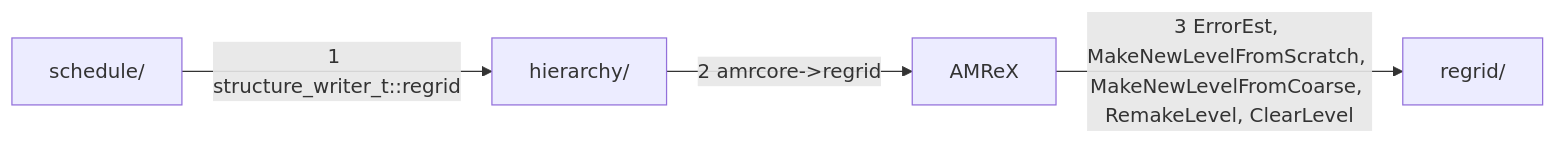
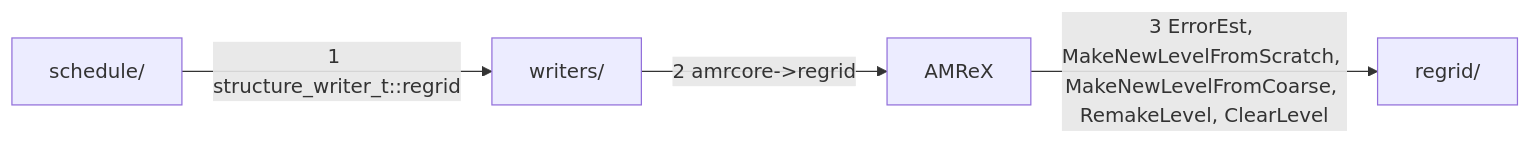
One commit to lwJi/CarpetX changed the third of 3 diagrams in agent_docs/carpetx-internals.md. Above: the diagram before and after it, drawn with Mermaid. The commit also changed other lines of this file and 22 other files, not shown here.

````diff
--- a/agent_docs/carpetx-internals.md
+++ b/agent_docs/carpetx-internals.md
@@ -95,10 +101,10 @@
 ```mermaid
 flowchart LR
   amrex["AMReX"]
   schedule["schedule/"]
   regrid["regrid/"]
-  hierarchy["hierarchy/"]
-  schedule -- "1 structure_writer_t::regrid" --> hierarchy
-  hierarchy -- "2 amrcore->regrid" --> amrex
+  writers["writers/"]
+  schedule -- "1 structure_writer_t::regrid" --> writers
+  writers -- "2 amrcore->regrid" --> amrex
   amrex -- "3 ErrorEst, MakeNewLevelFromScratch, MakeNewLevelFromCoarse, RemakeLevel, ClearLevel" --> regrid
 ```
````
